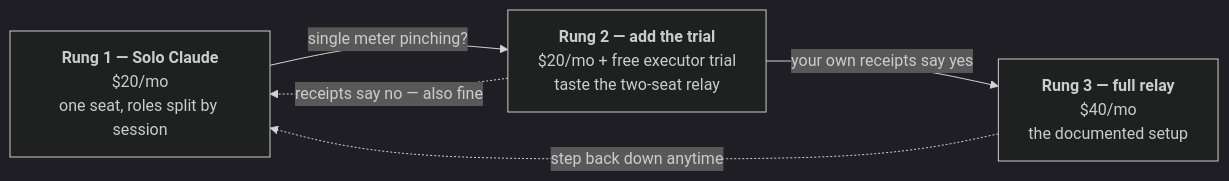
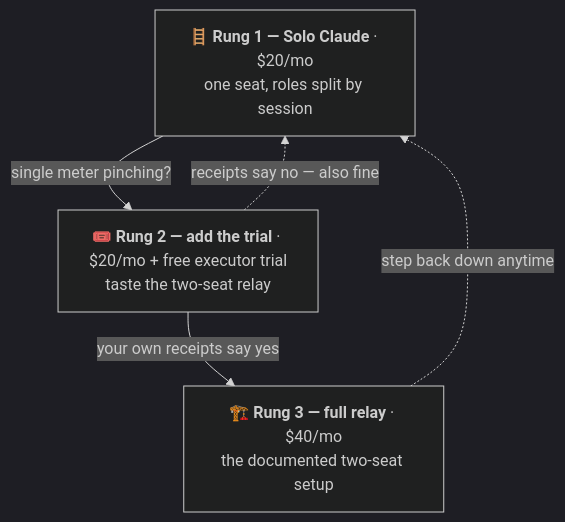
One commit to Sethysethyseth/the-poor-mans-agentic-workflow changed the second of 2 diagrams in README.md. Above: the diagram before and after it, drawn with Mermaid (dark theme). The commit also changed other lines of this file, not shown here.

Commit message:
README v2: consumer-test pass - vertical legible diagrams, refreshed traceable numbers (37 units/10 days), autonomous-relay teaser + v5 evolution entry, GitHub alert banner, jump-to nav, two-seats/three-roles clarifier, de-jargoned rung table

````diff
--- a/README.md
+++ b/README.md
@@ -120,10 +158,10 @@
 ```mermaid
-flowchart LR
-    R1["<b>Rung 1 — Solo Claude</b><br/>$20/mo<br/>one seat, roles split by session"]
-    R2["<b>Rung 2 — add the trial</b><br/>$20/mo + free executor trial<br/>taste the two-seat relay"]
-    R3["<b>Rung 3 — full relay</b><br/>$40/mo<br/>the documented setup"]
-    R1 -->|"single meter pinching?"| R2
-    R2 -->|"your own receipts say yes"| R3
-    R2 -.->|"receipts say no — also fine"| R1
-    R3 -.->|"step back down anytime"| R1
+flowchart TD
+    R1["🪜 <b>Rung 1 — Solo Claude</b> · $20/mo<br/>one seat, roles split by session"]
+    R2["🎟️ <b>Rung 2 — add the trial</b> · $20/mo + free executor trial<br/>taste the two-seat relay"]
+    R3["🏗️ <b>Rung 3 — full relay</b> · $40/mo<br/>the documented two-seat setup"]
+    R1 -- "single meter pinching?" --> R2
+    R2 -- "your own receipts say yes" --> R3
+    R2 -. "receipts say no — also fine" .-> R1
+    R3 -. "step back down anytime" .-> R1
 ```
````
